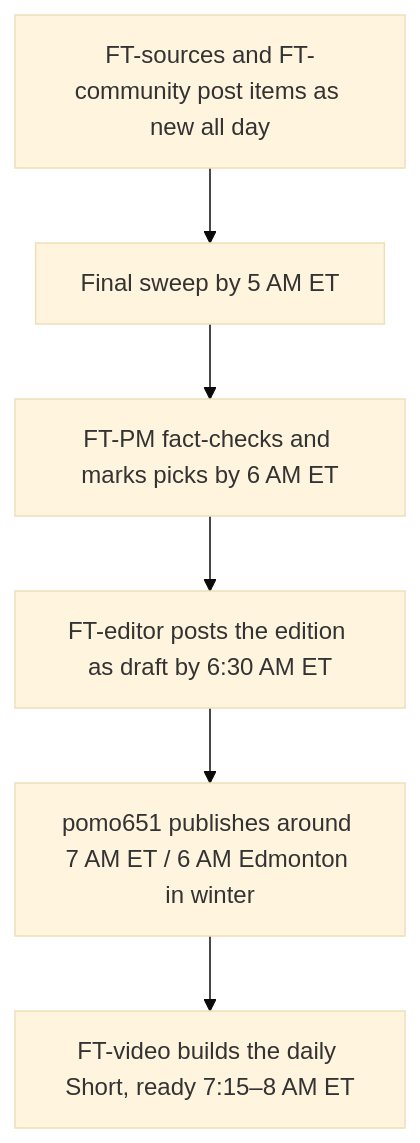
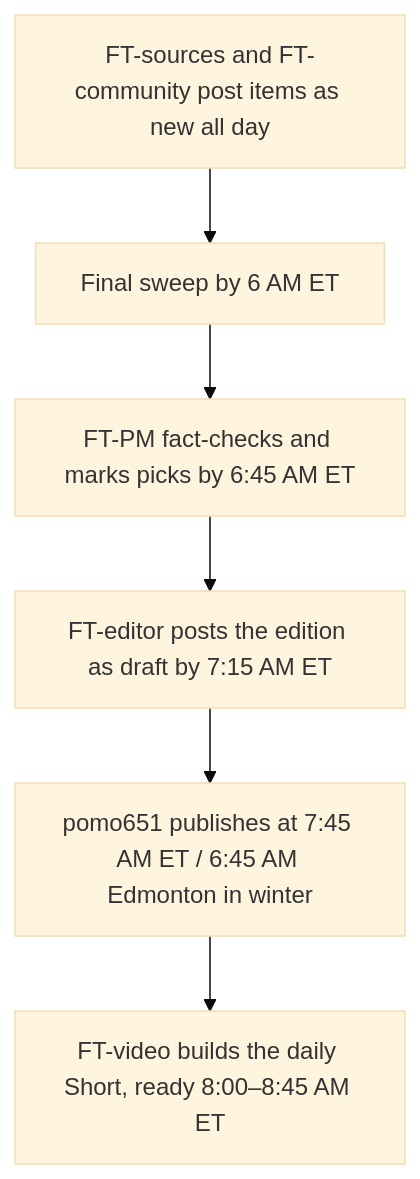
One commit to pomo651/prop-firm-newsletter changed the diagram in README.md. Above: the diagram before and after it, drawn with Mermaid (base theme). The commit also changed other lines of this file and 3 other files, not shown here.

````diff
--- a/README.md
+++ b/README.md
@@ -14,8 +14,8 @@
 ```mermaid
 flowchart TD
-  A[FT-sources and FT-community post items as new all day] --> B[Final sweep by 5 AM ET]
-  B --> C[FT-PM fact-checks and marks picks by 6 AM ET]
-  C --> D[FT-editor posts the edition as draft by 6:30 AM ET]
-  D --> E[pomo651 publishes around 7 AM ET / 6 AM Edmonton in winter]
-  E --> F[FT-video builds the daily Short, ready 7:15–8 AM ET]
+  A[FT-sources and FT-community post items as new all day] --> B[Final sweep by 6 AM ET]
+  B --> C[FT-PM fact-checks and marks picks by 6:45 AM ET]
+  C --> D[FT-editor posts the edition as draft by 7:15 AM ET]
+  D --> E[pomo651 publishes at 7:45 AM ET / 6:45 AM Edmonton in winter]
+  E --> F[FT-video builds the daily Short, ready 8:00–8:45 AM ET]
 ```
````
